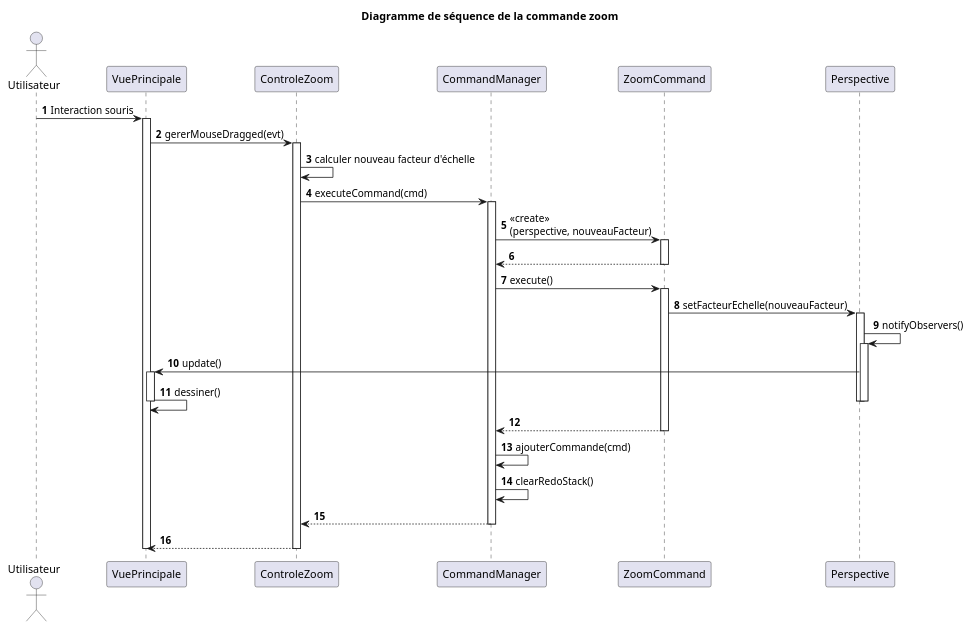
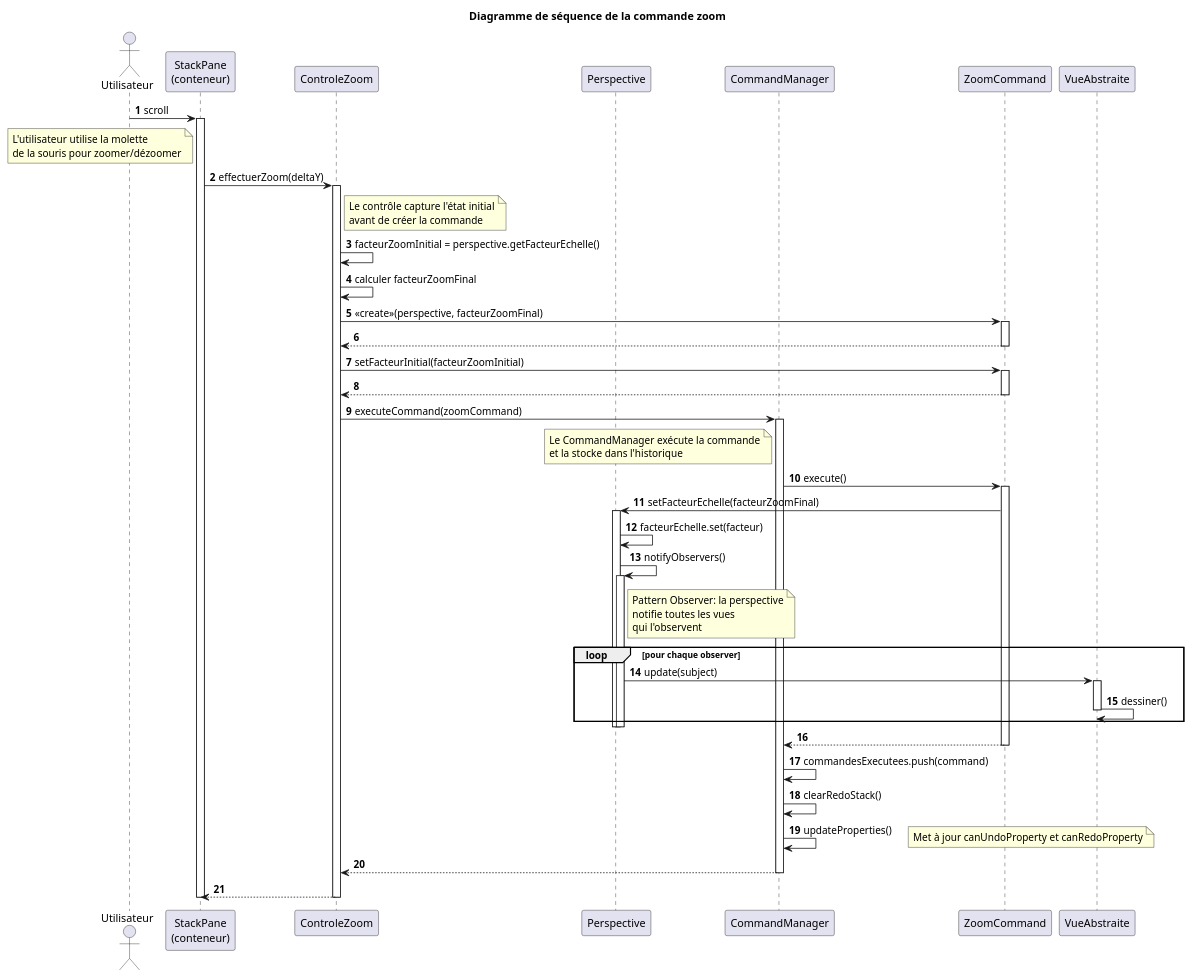
One commit to MasterGragra/LOG_Labo5 changed the diagram in docs/ds1.puml. Above: the diagram before and after it, drawn with PlantUML. The commit also changed 2 other files, not shown here.

Commit message:
maj diagramme sequence + maj ControleZoom (redondance des update)

```diff
--- a/docs/ds1.puml
+++ b/docs/ds1.puml
@@ -1,47 +1,81 @@
 @startuml
 title Diagramme de séquence de la commande zoom
 autonumber
 
 actor Utilisateur
-participant "VuePrincipale" as Vue
+participant "StackPane\n(conteneur)" as Pane
 participant "ControleZoom" as Controle
+participant "Perspective" as Model
 participant "CommandManager" as CmdMgr
 participant "ZoomCommand" as Cmd
-participant "Perspective" as Model
+participant "VueAbstraite" as Vue
 
-Utilisateur -> Vue : Interaction souris
-activate Vue
-    Vue -> Controle : gererMouseDragged(evt)
+Utilisateur -> Pane : scroll
+activate Pane
+    note left of Pane
+        L'utilisateur utilise la molette
+        de la souris pour zoomer/dézoomer
+    end note
+
+    Pane -> Controle : effectuerZoom(deltaY)
     activate Controle
-        Controle -> Controle : calculer nouveau facteur d'échelle
-        Controle -> CmdMgr : executeCommand(cmd)
+        note right of Controle
+            Le contrôle capture l'état initial
+            avant de créer la commande
+        end note
+
+        Controle -> Controle : facteurZoomInitial = perspective.getFacteurEchelle()
+        Controle -> Controle : calculer facteurZoomFinal
+
+        Controle -> Cmd : <<create>>(perspective, facteurZoomFinal)
+        activate Cmd
+            Cmd --> Controle
+        deactivate Cmd
+
+        Controle -> Cmd : setFacteurInitial(facteurZoomInitial)
+        activate Cmd
+            Cmd --> Controle
+        deactivate Cmd
+
+        Controle -> CmdMgr : executeCommand(zoomCommand)
         activate CmdMgr
-            CmdMgr -> Cmd : <<create>>\n(perspective, nouveauFacteur)
-            activate Cmd
-                Cmd --> CmdMgr
-            deactivate Cmd
+            note left of CmdMgr
+                Le CommandManager exécute la commande
+                et la stocke dans l'historique
+            end note
 
             CmdMgr -> Cmd : execute()
             activate Cmd
-                Cmd -> Model : setFacteurEchelle(nouveauFacteur)
+                Cmd -> Model : setFacteurEchelle(facteurZoomFinal)
                 activate Model
+                    Model -> Model : facteurEchelle.set(facteur)
                     Model -> Model : notifyObservers()
                     activate Model
-                        Model -> Vue : update()
-                        activate Vue
-                            Vue -> Vue : dessiner()
-                        deactivate Vue
+                        note right of Model
+                            Pattern Observer: la perspective
+                            notifie toutes les vues
+                            qui l'observent
+                        end note
+
+                        loop pour chaque observer
+                            Model -> Vue : update(subject)
+                            activate Vue
+                                Vue -> Vue : dessiner()
+                            deactivate Vue
+                        end
                     deactivate Model
                 deactivate Model
                 Cmd --> CmdMgr
             deactivate Cmd
 
-            CmdMgr -> CmdMgr : ajouterCommande(cmd)
+            CmdMgr -> CmdMgr : commandesExecutees.push(command)
             CmdMgr -> CmdMgr : clearRedoStack()
+            CmdMgr -> CmdMgr : updateProperties()
+            note right: Met à jour canUndoProperty et canRedoProperty
             CmdMgr --> Controle
         deactivate CmdMgr
-        Controle --> Vue
+        Controle --> Pane
     deactivate Controle
-deactivate Vue
+deactivate Pane
 
 @enduml
```
